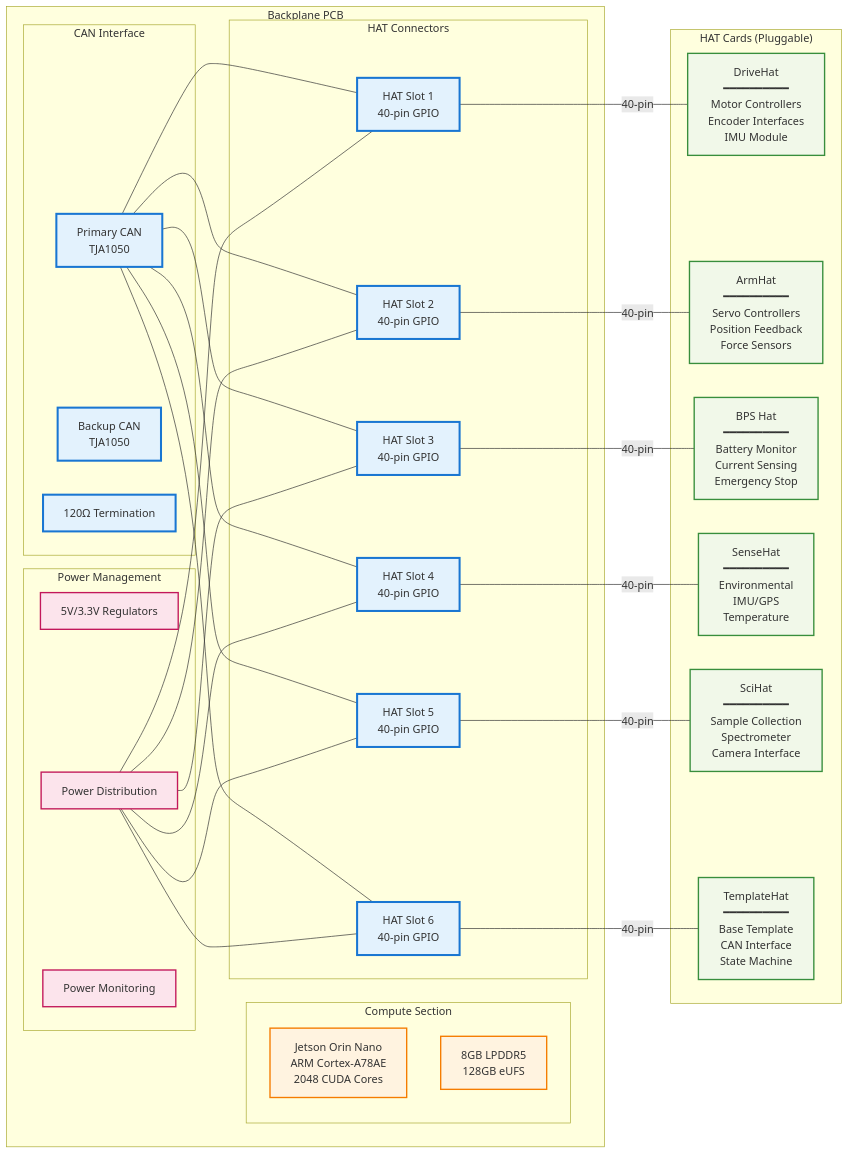
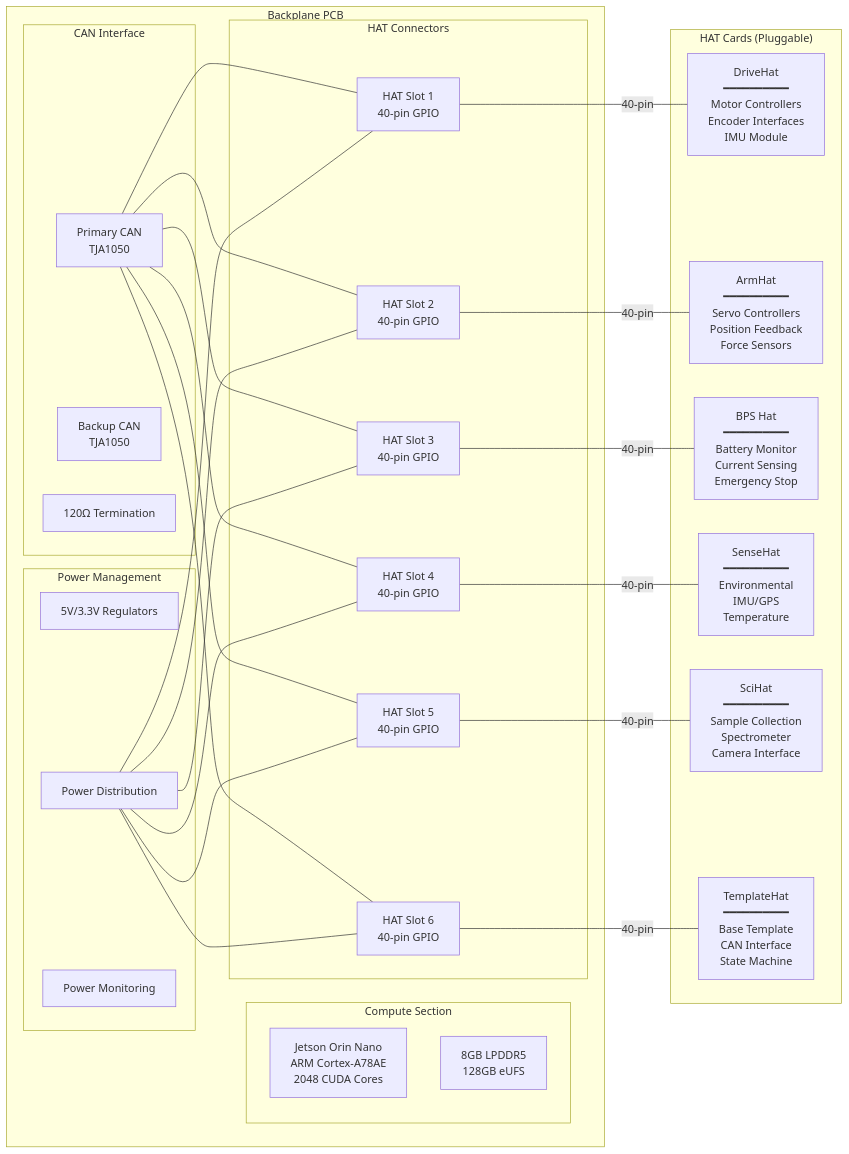
One commit to AryanRai/SIRI-Elec changed the second of 3 diagrams in README.md. Above: the diagram before and after it, drawn with Mermaid. The commit also changed other lines of this file and 1 other file, not shown here.

````diff
--- a/README.md
+++ b/README.md
@@ -144,79 +132,65 @@
 ```mermaid
 graph LR
     subgraph "Backplane PCB"
         subgraph "Compute Section"
             Jetson[Jetson Orin Nano<br/>ARM Cortex-A78AE<br/>2048 CUDA Cores]
             Memory[8GB LPDDR5<br/>128GB eUFS]
         end
         
         subgraph "CAN Interface"
             CAN_Primary[Primary CAN<br/>TJA1050]
             CAN_Backup[Backup CAN<br/>TJA1050]
             CAN_Term[120Ω Termination]
         end
         
         subgraph "HAT Connectors"
             Slot1[HAT Slot 1<br/>40-pin GPIO]
             Slot2[HAT Slot 2<br/>40-pin GPIO]
             Slot3[HAT Slot 3<br/>40-pin GPIO]
             Slot4[HAT Slot 4<br/>40-pin GPIO]
             Slot5[HAT Slot 5<br/>40-pin GPIO]
             Slot6[HAT Slot 6<br/>40-pin GPIO]
         end
         
         subgraph "Power Management"
             PowerReg[5V/3.3V Regulators]
             PowerDist[Power Distribution]
             PowerMon[Power Monitoring]
         end
     end
     
     subgraph "HAT Cards (Pluggable)"
         DriveCard[DriveHat<br/>━━━━━━━━━━<br/>Motor Controllers<br/>Encoder Interfaces<br/>IMU Module]
         
         ArmCard[ArmHat<br/>━━━━━━━━━━<br/>Servo Controllers<br/>Position Feedback<br/>Force Sensors]
         
         BPSCard[BPS Hat<br/>━━━━━━━━━━<br/>Battery Monitor<br/>Current Sensing<br/>Emergency Stop]
         
         SenseCard[SenseHat<br/>━━━━━━━━━━<br/>Environmental<br/>IMU/GPS<br/>Temperature]
         
         SciCard[SciHat<br/>━━━━━━━━━━<br/>Sample Collection<br/>Spectrometer<br/>Camera Interface]
         
         TemplateCard[TemplateHat<br/>━━━━━━━━━━<br/>Base Template<br/>CAN Interface<br/>State Machine]
     end
     
-    %% Physical connections
     Slot1 ---|40-pin| DriveCard
     Slot2 ---|40-pin| ArmCard
     Slot3 ---|40-pin| BPSCard
     Slot4 ---|40-pin| SenseCard
     Slot5 ---|40-pin| SciCard
     Slot6 ---|40-pin| TemplateCard
     
-    %% CAN bus connections
     CAN_Primary --- Slot1
     CAN_Primary --- Slot2
     CAN_Primary --- Slot3
     CAN_Primary --- Slot4
     CAN_Primary --- Slot5
     CAN_Primary --- Slot6
     
-    %% Power connections
     PowerDist --- Slot1
     PowerDist --- Slot2
     PowerDist --- Slot3
     PowerDist --- Slot4
     PowerDist --- Slot5
     PowerDist --- Slot6
-    
-    %% Styling
-    classDef backplane fill:#e3f2fd,stroke:#1976d2,stroke-width:3px
-    classDef hat fill:#f1f8e9,stroke:#388e3c,stroke-width:2px
-    classDef compute fill:#fff3e0,stroke:#f57c00,stroke-width:2px
-    classDef power fill:#fce4ec,stroke:#c2185b,stroke-width:2px
-    
-    class Jetson,Memory compute
-    class CAN_Primary,CAN_Backup,CAN_Term,Slot1,Slot2,Slot3,Slot4,Slot5,Slot6 backplane
-    class PowerReg,PowerDist,PowerMon power
-    class DriveCard,ArmCard,BPSCard,SenseCard,SciCard,TemplateCard hat
 ```
````
